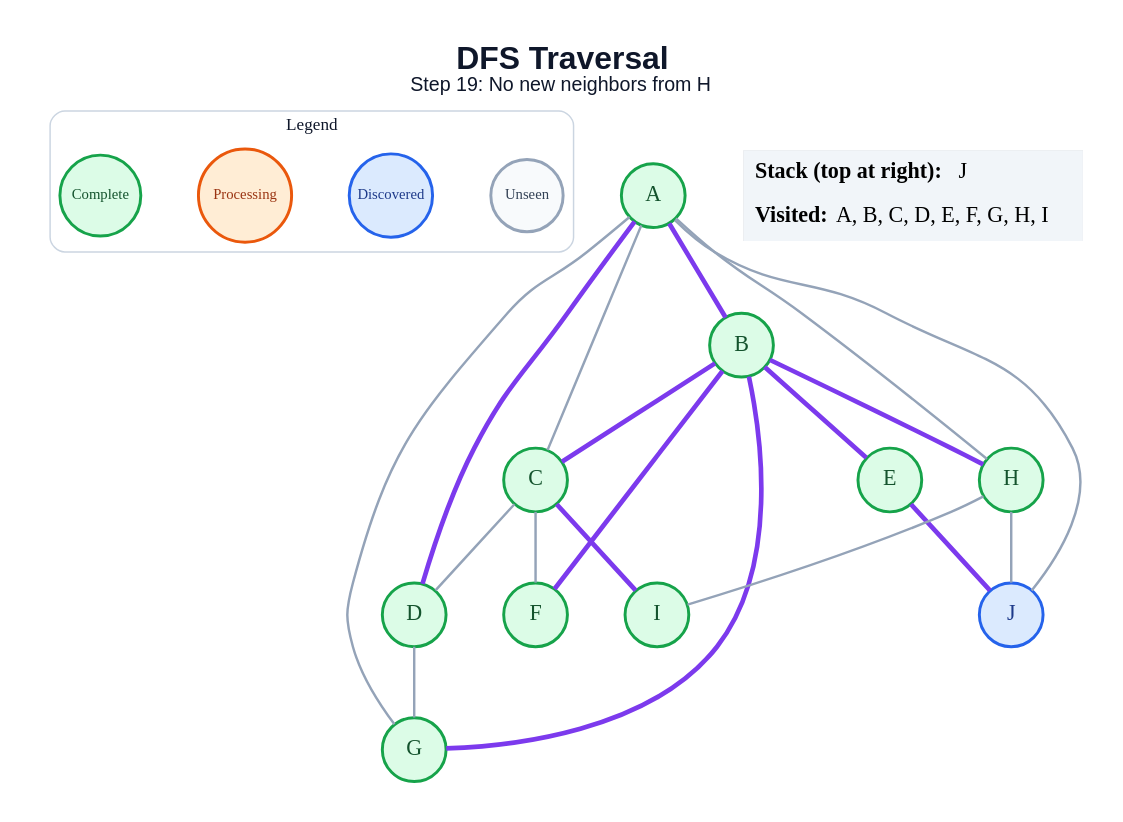
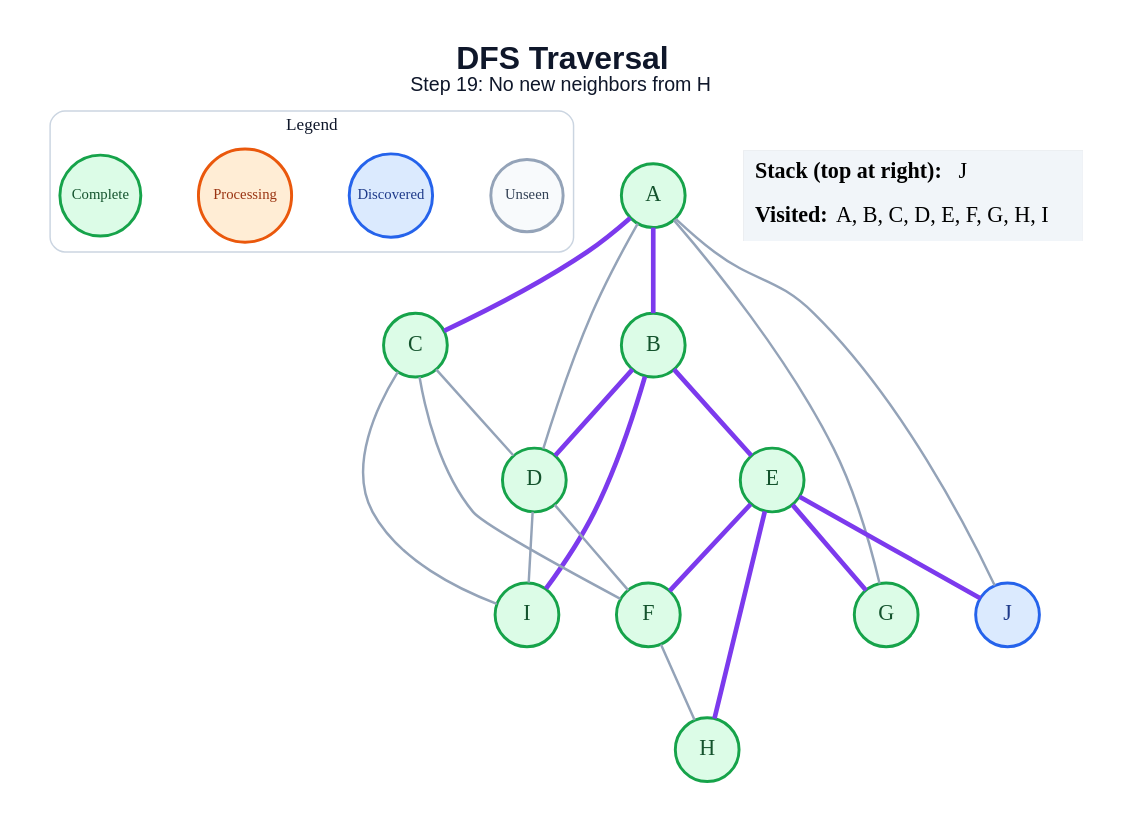
The diagram in generated/specific-node/dfs/step_19.dot (amanghodawala9/ai-slop), drawn with Graphviz before and after one commit. The commit also changed 178 other files, not shown here.

```diff
--- a/generated/specific-node/dfs/step_19.dot
+++ b/generated/specific-node/dfs/step_19.dot
@@ -1,47 +1,47 @@
 graph traversal {
   graph [layout=dot, rankdir=TB, bgcolor="#FFFFFF", pad="0.35", nodesep="0.65", ranksep="0.8", fontname="Arial"];
   node [shape=circle, style="filled", fontname="Arial Bold", fontsize=18, width=0.72, fixedsize=true, penwidth=2.4];
   edge [color="#94A3B8", penwidth=2.0];
   label=<<B>DFS Traversal</B><BR/><FONT POINT-SIZE="16">Step 19: No new neighbors from H</FONT>>; labelloc="t"; fontsize=26; fontname="Arial"; fontcolor="#0F172A";
   subgraph cluster_legend { label="Legend"; color="#CBD5E1"; penwidth=1.2; style="rounded"; fontsize=14; fontname="Arial Bold";
     key_unseen [label="Unseen", fillcolor="#F8FAFC", color="#94A3B8", fontcolor="#334155", fontsize=12, width=0.82];
     key_frontier [label="Discovered", fillcolor="#DBEAFE", color="#2563EB", fontcolor="#1E3A8A", fontsize=12, width=0.95];
     key_current [label="Processing", fillcolor="#FFEDD5", color="#EA580C", fontcolor="#9A3412", fontsize=12, width=1.05];
     key_done [label="Complete", fillcolor="#DCFCE7", color="#16A34A", fontcolor="#14532D", fontsize=12, width=0.92];
     { rank=same; key_unseen; key_frontier; key_current; key_done; }
   }
   A [fillcolor="#DCFCE7", color="#16A34A", fontcolor="#14532D"];
   B [fillcolor="#DCFCE7", color="#16A34A", fontcolor="#14532D"];
   C [fillcolor="#DCFCE7", color="#16A34A", fontcolor="#14532D"];
   D [fillcolor="#DCFCE7", color="#16A34A", fontcolor="#14532D"];
   E [fillcolor="#DCFCE7", color="#16A34A", fontcolor="#14532D"];
   F [fillcolor="#DCFCE7", color="#16A34A", fontcolor="#14532D"];
   G [fillcolor="#DCFCE7", color="#16A34A", fontcolor="#14532D"];
   H [fillcolor="#DCFCE7", color="#16A34A", fontcolor="#14532D"];
   I [fillcolor="#DCFCE7", color="#16A34A", fontcolor="#14532D"];
   J [fillcolor="#DBEAFE", color="#2563EB", fontcolor="#1E3A8A"];
   A -- B [color="#7C3AED", penwidth=3.8];
-  A -- C;
-  A -- D [color="#7C3AED", penwidth=3.8];
+  A -- C [color="#7C3AED", penwidth=3.8];
+  A -- D;
   A -- G;
-  A -- H;
   A -- J;
-  B -- C [color="#7C3AED", penwidth=3.8];
+  B -- D [color="#7C3AED", penwidth=3.8];
   B -- E [color="#7C3AED", penwidth=3.8];
-  B -- F [color="#7C3AED", penwidth=3.8];
-  B -- G [color="#7C3AED", penwidth=3.8];
-  B -- H [color="#7C3AED", penwidth=3.8];
+  B -- I [color="#7C3AED", penwidth=3.8];
   C -- D;
   C -- F;
-  C -- I [color="#7C3AED", penwidth=3.8];
-  D -- G;
+  C -- I;
+  D -- F;
+  D -- I;
+  E -- F [color="#7C3AED", penwidth=3.8];
+  E -- G [color="#7C3AED", penwidth=3.8];
+  E -- H [color="#7C3AED", penwidth=3.8];
   E -- J [color="#7C3AED", penwidth=3.8];
-  H -- I;
-  H -- J;
+  F -- H;
   status [shape=plain, fixedsize=false, width=0, height=0, margin=0, label=<
     <TABLE BORDER="0" CELLBORDER="0" CELLPADDING="7" BGCOLOR="#F1F5F9">
       <TR><TD ALIGN="LEFT"><B>Stack (top at right):</B> J</TD></TR>
       <TR><TD ALIGN="LEFT"><B>Visited:</B> A, B, C, D, E, F, G, H, I</TD></TR>
     </TABLE>
   >];
 }
```
